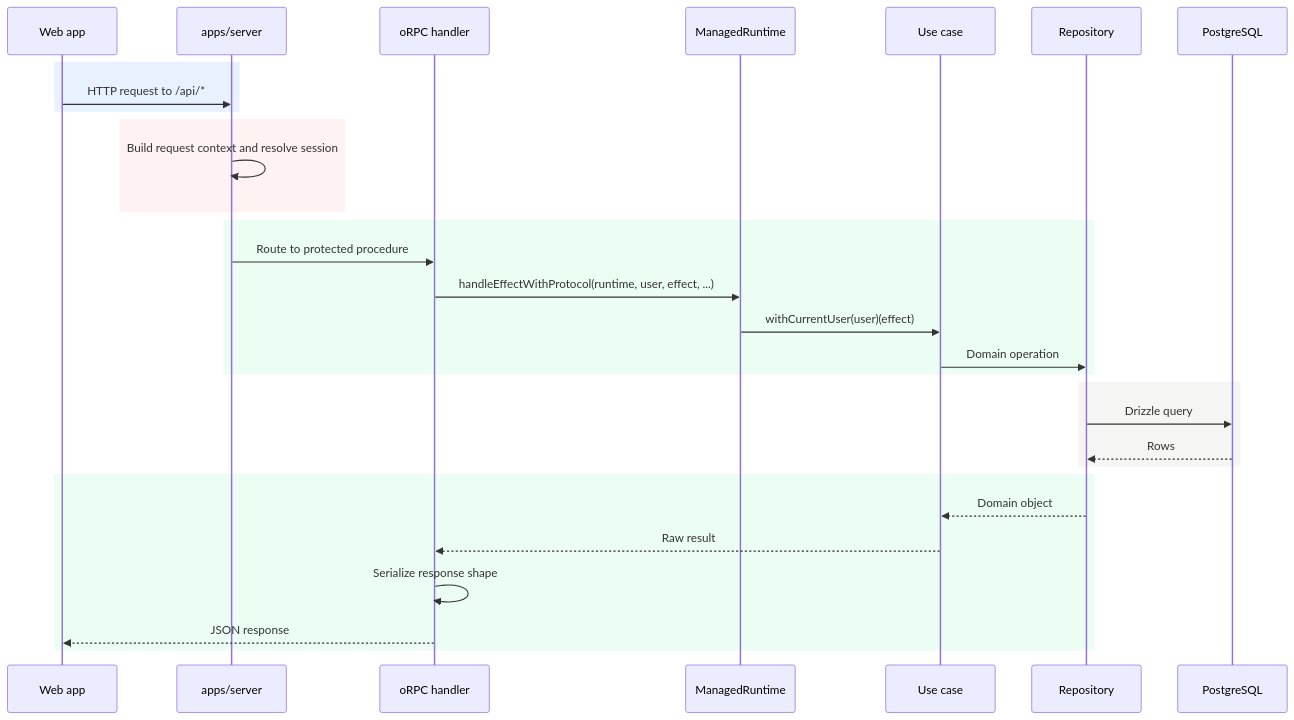
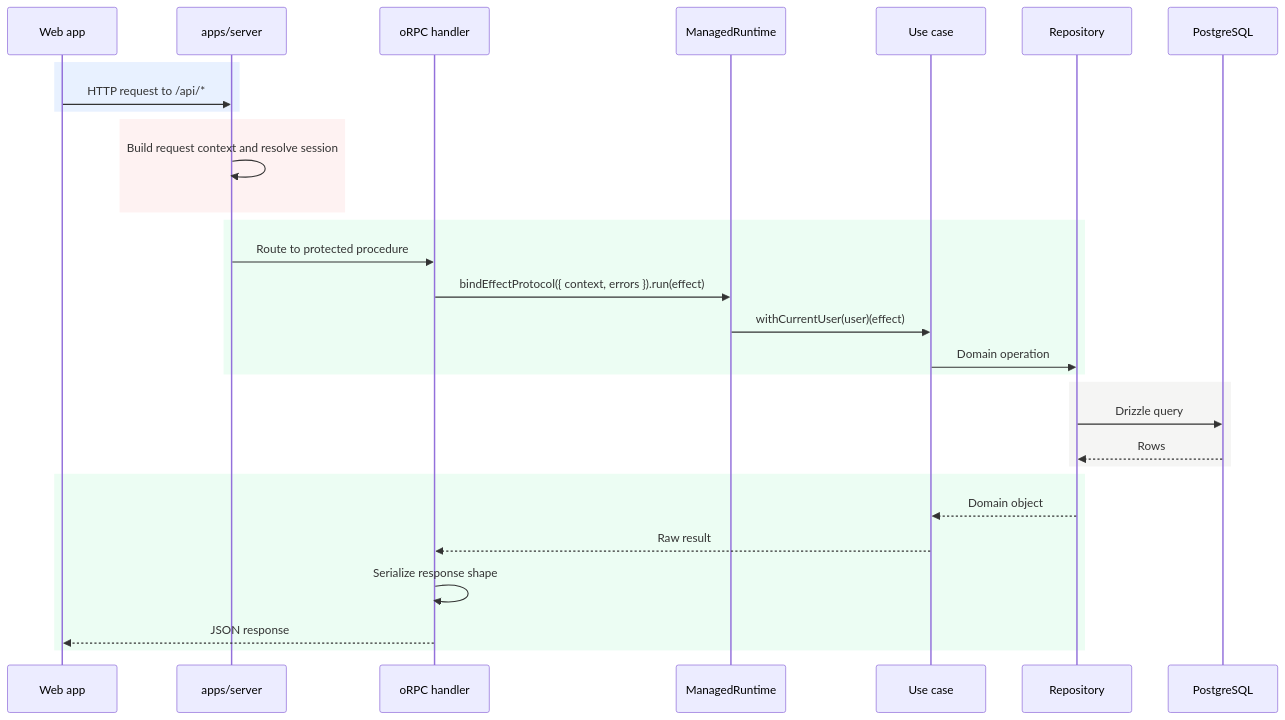
Before and after one commit to brandonbryant12/content-studio: the second of 3 diagrams in docs/architecture/overview.md, drawn with Mermaid. The commit also changed 70 other files, not shown here.

````diff
--- a/docs/architecture/overview.md
+++ b/docs/architecture/overview.md
@@ -81,33 +81,33 @@
 ```mermaid
 sequenceDiagram
   participant W as Web app
   participant S as apps/server
   participant O as oRPC handler
   participant R as ManagedRuntime
   participant U as Use case
   participant P as Repository
   participant DB as PostgreSQL
 
   rect rgb(232, 241, 255)
     W->>S: HTTP request to /api/*
   end
   rect rgb(254, 242, 242)
     S->>S: Build request context and resolve session
   end
   rect rgb(236, 253, 243)
     S->>O: Route to protected procedure
-    O->>R: handleEffectWithProtocol(runtime, user, effect, ...)
+    O->>R: bindEffectProtocol({ context, errors }).run(effect)
     R->>U: withCurrentUser(user)(effect)
     U->>P: Domain operation
   end
   rect rgb(245, 245, 244)
     P->>DB: Drizzle query
     DB-->>P: Rows
   end
   rect rgb(236, 253, 243)
     P-->>U: Domain object
     U-->>O: Raw result
     O->>O: Serialize response shape
     O-->>W: JSON response
   end
 ```
````
